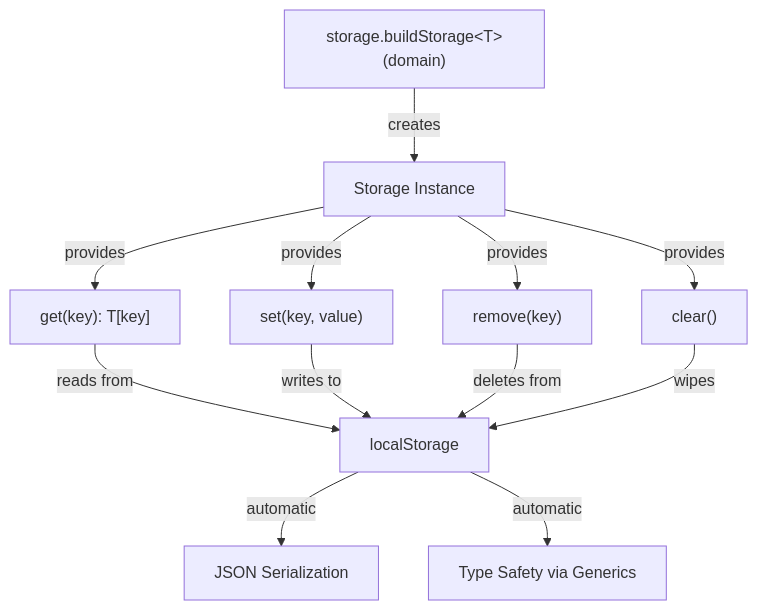
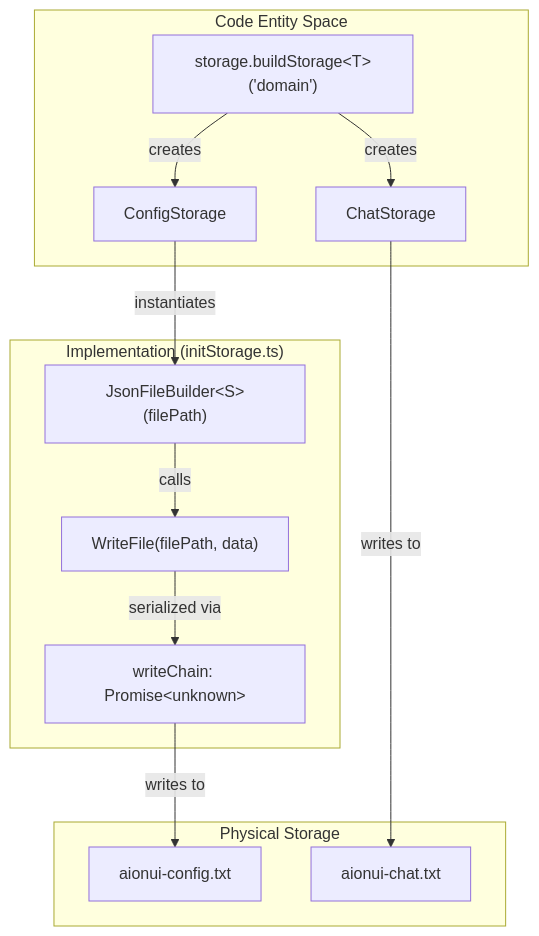
Before and after one commit to blackcater/zentree: the first of 2 diagrams in docs/iOfficeAI_AionUi/configuration-and-persistence/storage-architecture.md, drawn with Mermaid. The commit also changed other lines of this file and 232 other files, not shown here.

````diff
--- a/docs/iOfficeAI_AionUi/configuration-and-persistence/storage-architecture.md
+++ b/docs/iOfficeAI_AionUi/configuration-and-persistence/storage-architecture.md
@@ -26,17 +63,27 @@
 ```mermaid
 graph TB
-    Factory["storage.buildStorage&lt;T&gt;(domain)"]
-    Factory -->|creates| Instance["Storage Instance"]
-    Instance -->|provides| Get["get(key): T[key]"]
-    Instance -->|provides| Set["set(key, value)"]
-    Instance -->|provides| Remove["remove(key)"]
-    Instance -->|provides| Clear["clear()"]
+    subgraph "Code Entity Space"
+        BS["storage.buildStorage&lt;T&gt;('domain')"]
+        CS["ConfigStorage"]
+        AS["ChatStorage"]
+    end
 
-    Get -->|reads from| LS["localStorage"]
-    Set -->|writes to| LS
-    Remove -->|deletes from| LS
-    Clear -->|wipes| LS
+    subgraph "Implementation (initStorage.ts)"
+        JFB["JsonFileBuilder&lt;S&gt;(filePath)"]
+        FB["WriteFile(filePath, data)"]
+        WC["writeChain: Promise&lt;unknown&gt;"]
+    end
 
-    LS -->|automatic| Serialize["JSON Serialization"]
-    LS -->|automatic| TypeSafe["Type Safety via Generics"]
+    subgraph "Physical Storage"
+        CFG["aionui-config.txt"]
+        CHT["aionui-chat.txt"]
+    end
+
+    BS -->|creates| CS
+    BS -->|creates| AS
+    CS -->|instantiates| JFB
+    JFB -->|calls| FB
+    FB -->|serialized via| WC
+    WC -->|writes to| CFG
+    AS -->|writes to| CHT
 ```
````
